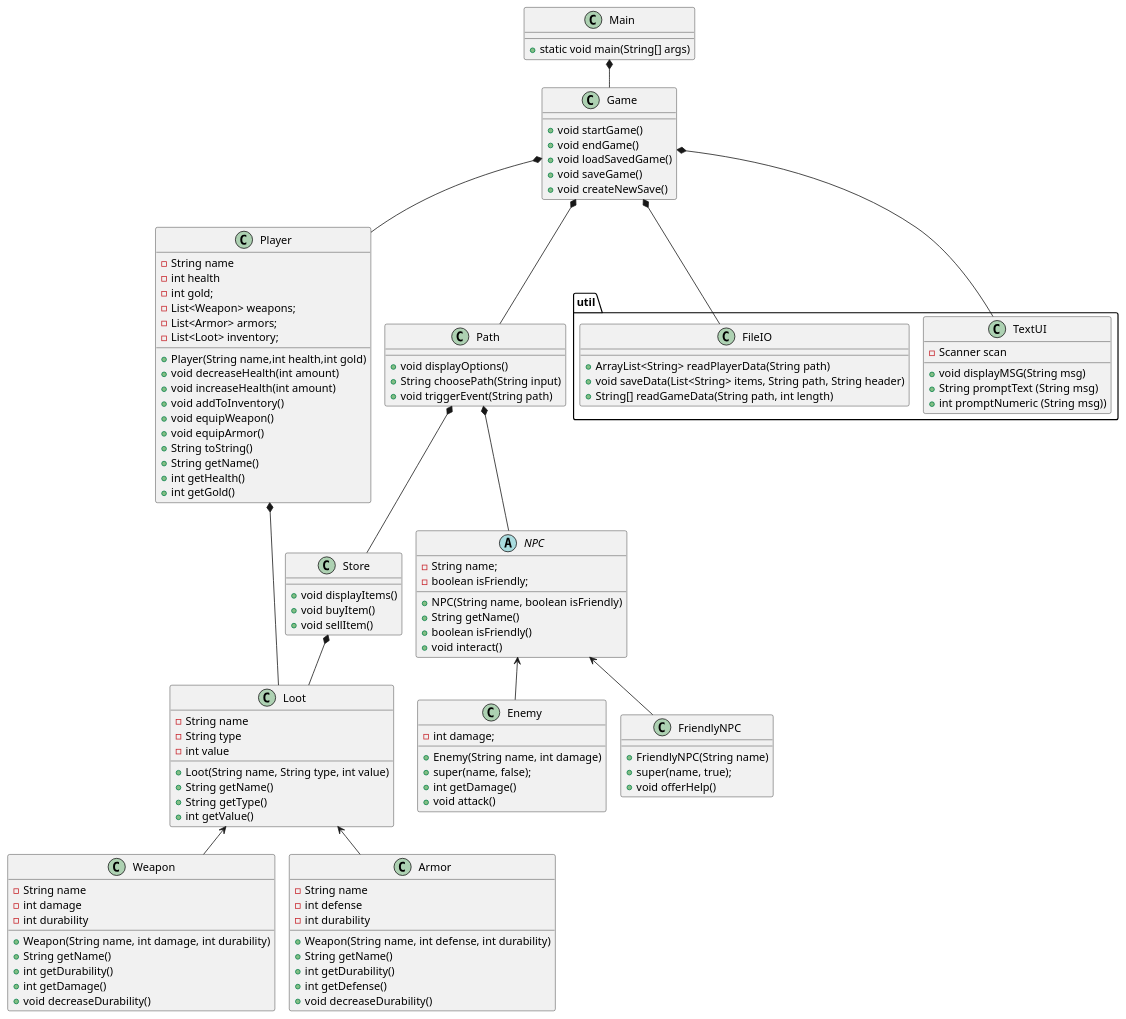
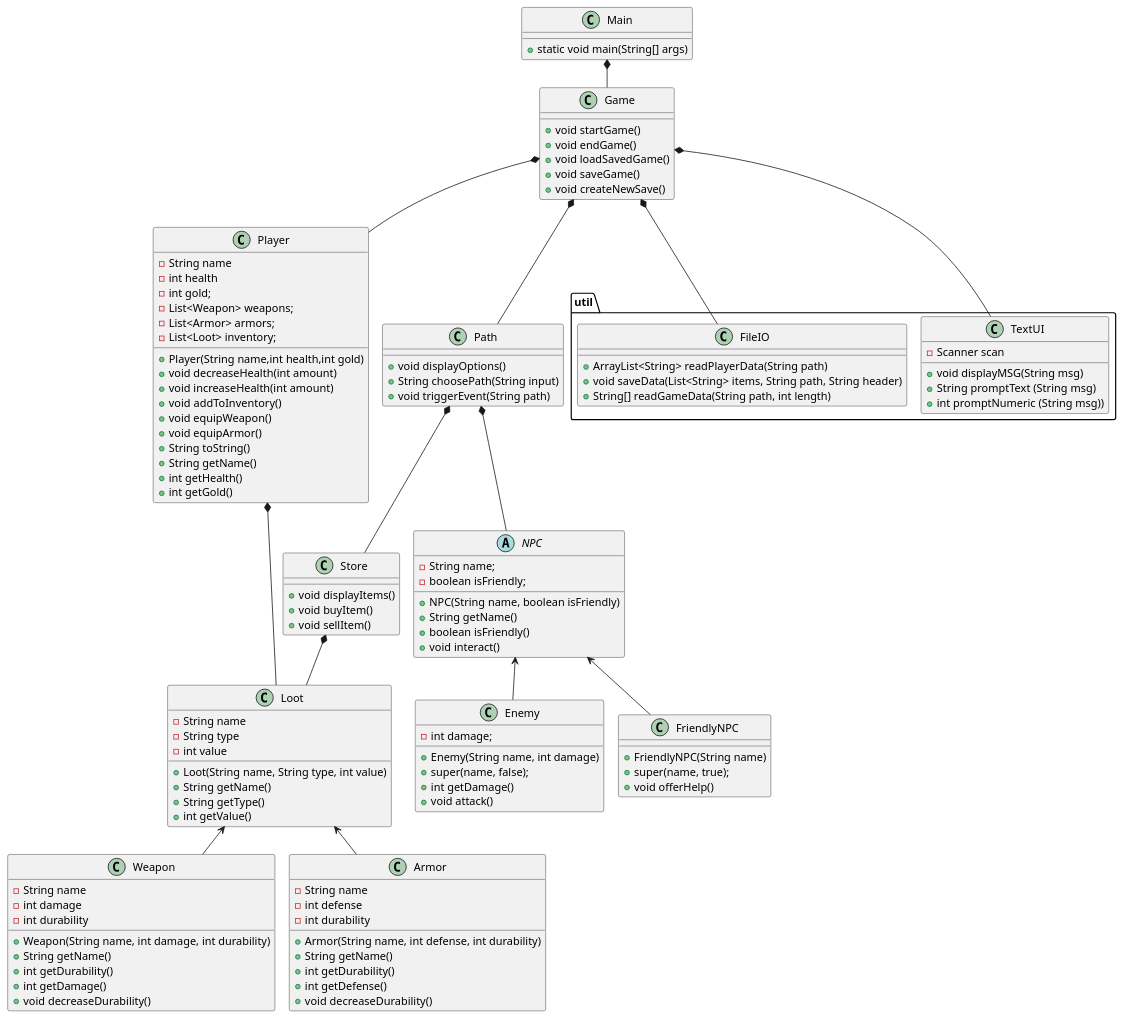
The diagram in doc/classdiagram.puml (Bubberslem/ICE), drawn with PlantUML before and after one commit. The commit also changed 4 other files, not shown here.

```diff
--- a/doc/classdiagram.puml
+++ b/doc/classdiagram.puml
@@ -1,130 +1,130 @@
 @startuml
 !pragma layout smetana
 
 class Main{
 + static void main(String[] args)
 }
 
 
 class Game{
 + void startGame()
 + void endGame()
 + void loadSavedGame()
 + void saveGame()
 + void createNewSave()
 }
 class Player{
 - String name
 - int health
 - int gold;
 - List<Weapon> weapons;
 - List<Armor> armors;
 - List<Loot> inventory;
 + Player(String name,int health,int gold)
 + void decreaseHealth(int amount)
 + void increaseHealth(int amount)
 + void addToInventory()
 + void equipWeapon()
 + void equipArmor()
 + String toString()
 + String getName()
 + int getHealth()
 + int getGold()
 }
 
 class Path{
 + void displayOptions()
 + String choosePath(String input)
 + void triggerEvent(String path)
 }
 
 class Store{
 + void displayItems()
 + void buyItem()
 + void sellItem()
 }
 
 class Weapon{
 - String name
 - int damage
 - int durability
 + Weapon(String name, int damage, int durability)
 + String getName()
 + int getDurability()
 + int getDamage()
 + void decreaseDurability()
 }
 class Armor{
 - String name
 - int defense
 - int durability
-+ Weapon(String name, int defense, int durability)
++ Armor(String name, int defense, int durability)
 + String getName()
 + int getDurability()
 + int getDefense()
 + void decreaseDurability()
 }
 
  class Loot {
 - String name
 - String type
 - int value
 + Loot(String name, String type, int value)
 + String getName()
 + String getType()
 + int getValue()
 }
 
 abstract class NPC{
 -String name;
 -boolean isFriendly;
 + NPC(String name, boolean isFriendly)
 + String getName()
 + boolean isFriendly()
 + void interact()
 }
 class Enemy{
 - int damage;
 + Enemy(String name, int damage)
 + super(name, false);
 + int getDamage()
 + void attack()
 }
 class FriendlyNPC{
 + FriendlyNPC(String name)
 + super(name, true);
 + void offerHelp()
 }
 
 
 
 package "util"{
 
 class TextUI{
 - Scanner scan
 
 + void displayMSG(String msg)
 + String promptText (String msg)
 + int promptNumeric (String msg))
 }
 
 class FileIO{
 + ArrayList<String> readPlayerData(String path)
 + void saveData(List<String> items, String path, String header)
 + String[] readGameData(String path, int length)
 }
 
 Game *-- TextUI
 Main *-- Game
 Game *-- Player
 Game *-- FileIO
 Game *-- Path
 Path *-- NPC
 NPC <-- Enemy
 NPC <-- FriendlyNPC
 Path *-- Store
 Store *-- Loot
 Player *-- Loot
 Loot <-- Weapon
 Loot <-- Armor
 @enduml
```
